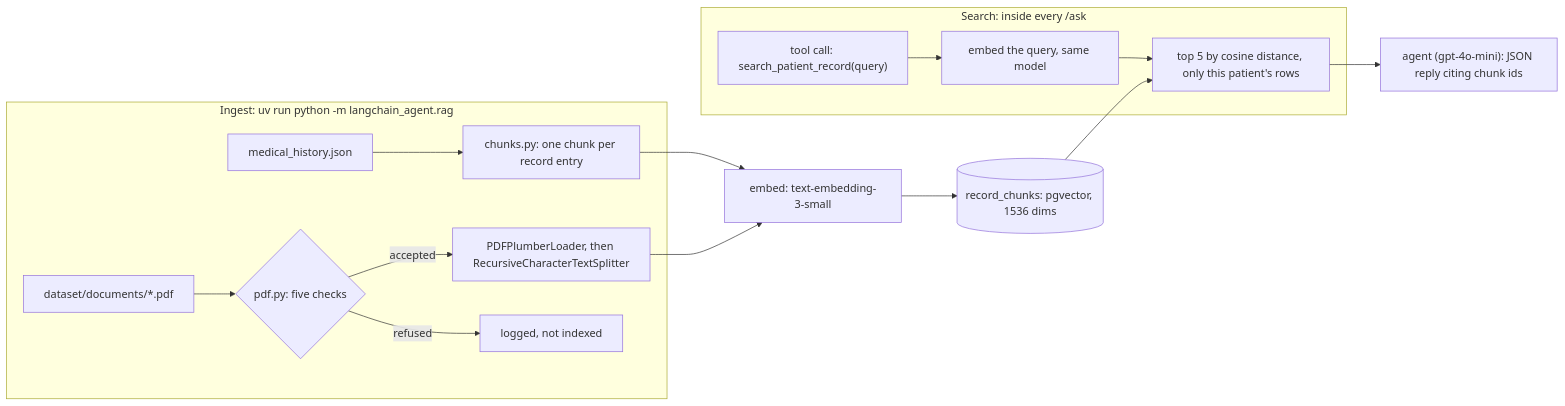
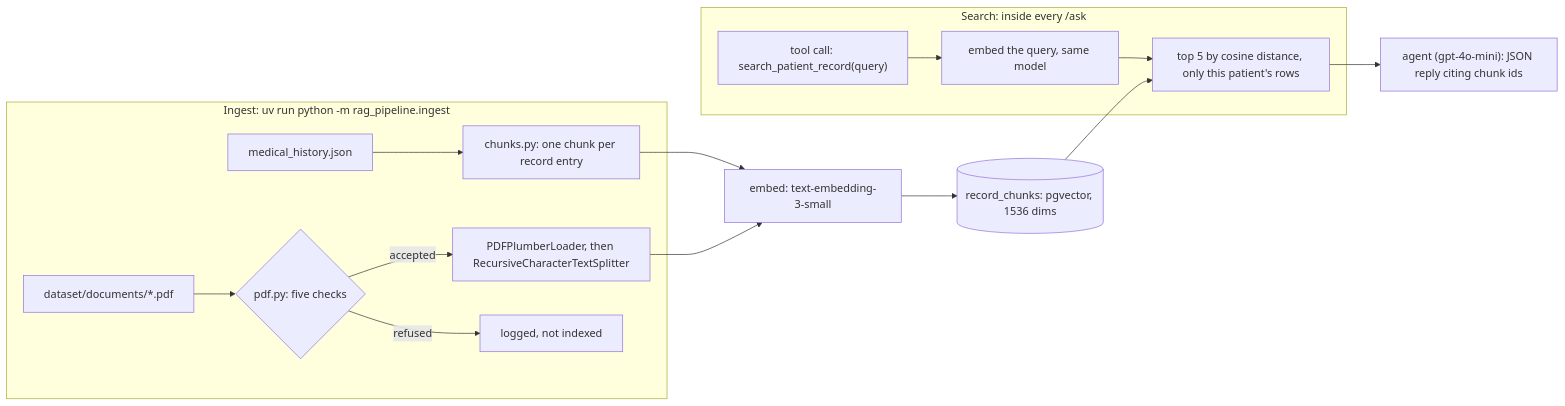
The diagram in README.md (Nelev/medas), drawn with Mermaid before and after one commit. The commit also changed other lines of this file and 24 other files, not shown here.

First line of the commit message:
refactor(api): split the agent and the RAG pipeline into one-way packages

````diff
--- a/README.md
+++ b/README.md
@@ -206,18 +206,18 @@
 ```mermaid
 flowchart LR
-  subgraph ingest["Ingest: uv run python -m langchain_agent.rag"]
+  subgraph ingest["Ingest: uv run python -m rag_pipeline.ingest"]
     J["medical_history.json"] --> C["chunks.py: one chunk per record entry"]
     P["dataset/documents/*.pdf"] --> G{"pdf.py: five checks"}
     G -->|accepted| S["PDFPlumberLoader, then RecursiveCharacterTextSplitter"]
     G -->|refused| X["logged, not indexed"]
   end
   C --> E["embed: text-embedding-3-small"]
   S --> E
   E --> T[("record_chunks: pgvector, 1536 dims")]
   subgraph query["Search: inside every /ask"]
     Q["tool call: search_patient_record(query)"] --> EQ["embed the query, same model"]
     EQ --> K["top 5 by cosine distance, only this patient's rows"]
   end
   T --> K
   K --> A["agent (gpt-4o-mini): JSON reply citing chunk ids"]
 ```
````
